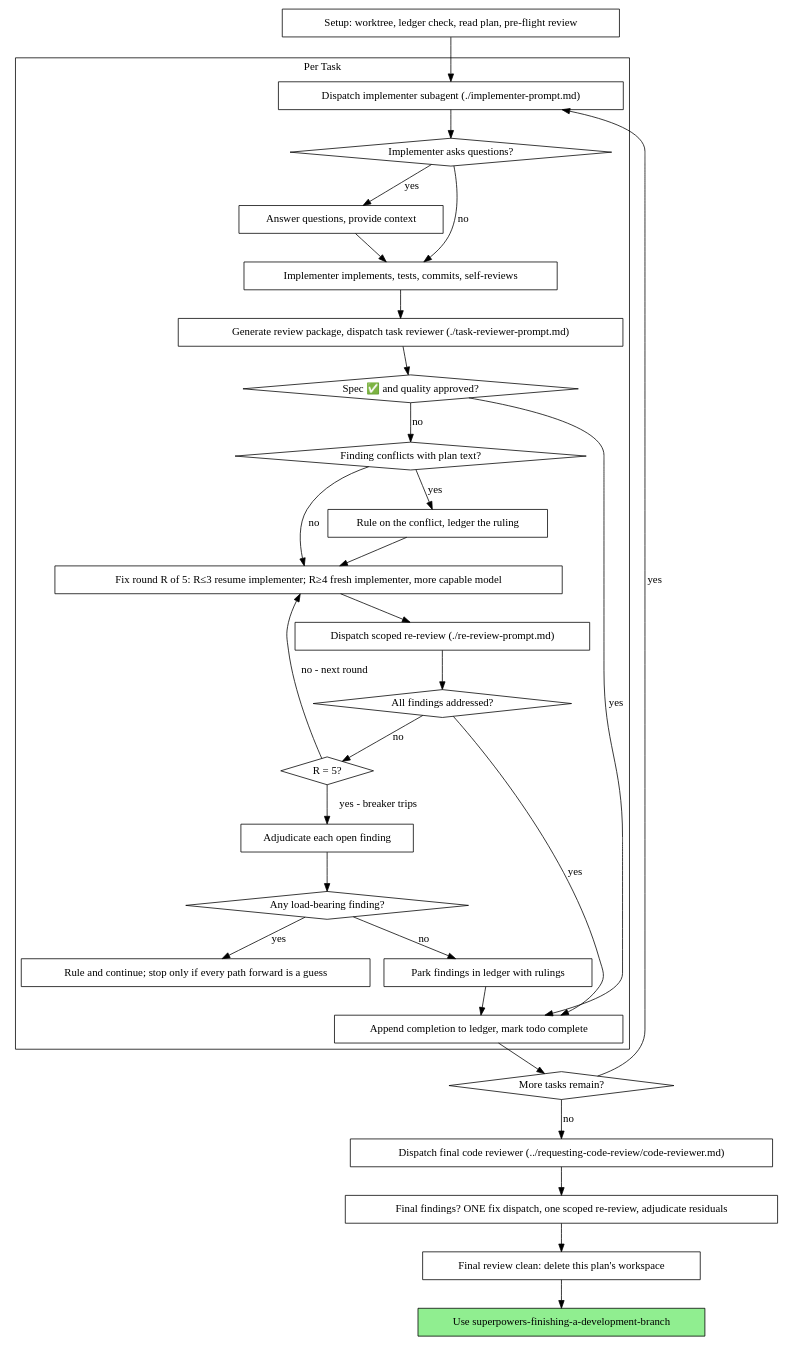
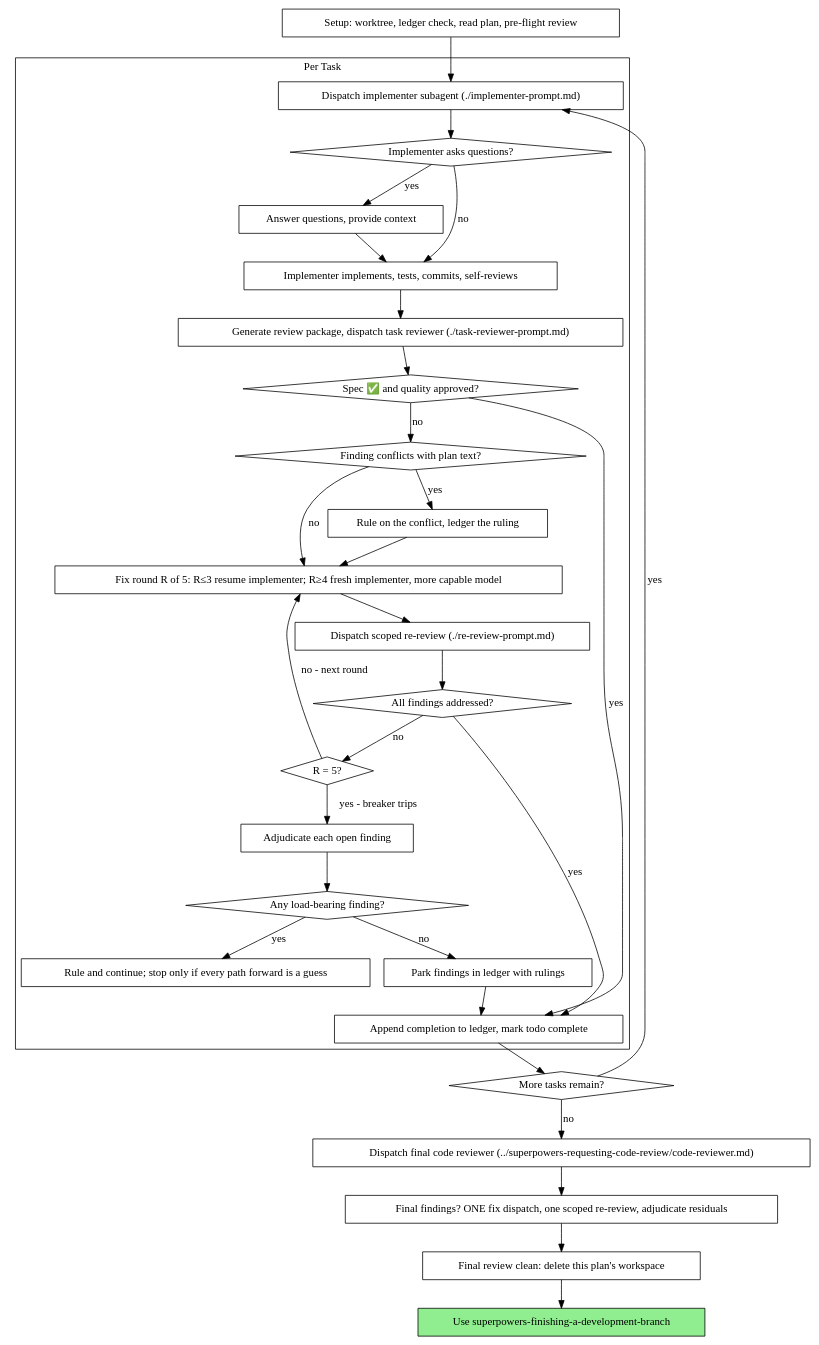
One commit to pagopa/cloud-strategy.github changed the second of 2 diagrams in .github/skills/superpowers-subagent-driven-development/SKILL.md. Above: the diagram before and after it, drawn with Graphviz. The commit also changed other lines of this file and 44 other files, not shown here.

````diff
--- a/.github/skills/superpowers-subagent-driven-development/SKILL.md
+++ b/.github/skills/superpowers-subagent-driven-development/SKILL.md
@@ -61,62 +61,62 @@
 ```dot
 digraph process {
     rankdir=TB;
 
     subgraph cluster_per_task {
         label="Per Task";
         "Dispatch implementer subagent (./implementer-prompt.md)" [shape=box];
         "Implementer asks questions?" [shape=diamond];
         "Answer questions, provide context" [shape=box];
         "Implementer implements, tests, commits, self-reviews" [shape=box];
         "Generate review package, dispatch task reviewer (./task-reviewer-prompt.md)" [shape=box];
         "Spec ✅ and quality approved?" [shape=diamond];
         "Finding conflicts with plan text?" [shape=diamond];
         "Rule on the conflict, ledger the ruling" [shape=box];
         "Fix round R of 5: R≤3 resume implementer; R≥4 fresh implementer, more capable model" [shape=box];
         "Dispatch scoped re-review (./re-review-prompt.md)" [shape=box];
         "All findings addressed?" [shape=diamond];
         "R = 5?" [shape=diamond];
         "Adjudicate each open finding" [shape=box];
         "Any load-bearing finding?" [shape=diamond];
         "Rule and continue; stop only if every path forward is a guess" [shape=box];
         "Park findings in ledger with rulings" [shape=box];
         "Append completion to ledger, mark todo complete" [shape=box];
     }
 
     "Setup: worktree, ledger check, read plan, pre-flight review" [shape=box];
     "More tasks remain?" [shape=diamond];
-    "Dispatch final code reviewer (../requesting-code-review/code-reviewer.md)" [shape=box];
+    "Dispatch final code reviewer (../superpowers-requesting-code-review/code-reviewer.md)" [shape=box];
     "Final findings? ONE fix dispatch, one scoped re-review, adjudicate residuals" [shape=box];
     "Final review clean: delete this plan's workspace" [shape=box];
     "Use superpowers-finishing-a-development-branch" [shape=box style=filled fillcolor=lightgreen];
 
     "Setup: worktree, ledger check, read plan, pre-flight review" -> "Dispatch implementer subagent (./implementer-prompt.md)";
     "Dispatch implementer subagent (./implementer-prompt.md)" -> "Implementer asks questions?";
     "Implementer asks questions?" -> "Answer questions, provide context" [label="yes"];
     "Answer questions, provide context" -> "Implementer implements, tests, commits, self-reviews";
     "Implementer asks questions?" -> "Implementer implements, tests, commits, self-reviews" [label="no"];
     "Implementer implements, tests, commits, self-reviews" -> "Generate review package, dispatch task reviewer (./task-reviewer-prompt.md)";
     "Generate review package, dispatch task reviewer (./task-reviewer-prompt.md)" -> "Spec ✅ and quality approved?";
     "Spec ✅ and quality approved?" -> "Append completion to ledger, mark todo complete" [label="yes"];
     "Spec ✅ and quality approved?" -> "Finding conflicts with plan text?" [label="no"];
     "Finding conflicts with plan text?" -> "Rule on the conflict, ledger the ruling" [label="yes"];
     "Rule on the conflict, ledger the ruling" -> "Fix round R of 5: R≤3 resume implementer; R≥4 fresh implementer, more capable model";
     "Finding conflicts with plan text?" -> "Fix round R of 5: R≤3 resume implementer; R≥4 fresh implementer, more capable model" [label="no"];
     "Fix round R of 5: R≤3 resume implementer; R≥4 fresh implementer, more capable model" -> "Dispatch scoped re-review (./re-review-prompt.md)";
     "Dispatch scoped re-review (./re-review-prompt.md)" -> "All findings addressed?";
     "All findings addressed?" -> "Append completion to ledger, mark todo complete" [label="yes"];
     "All findings addressed?" -> "R = 5?" [label="no"];
     "R = 5?" -> "Fix round R of 5: R≤3 resume implementer; R≥4 fresh implementer, more capable model" [label="no - next round"];
     "R = 5?" -> "Adjudicate each open finding" [label="yes - breaker trips"];
     "Adjudicate each open finding" -> "Any load-bearing finding?";
     "Any load-bearing finding?" -> "Rule and continue; stop only if every path forward is a guess" [label="yes"];
     "Any load-bearing finding?" -> "Park findings in ledger with rulings" [label="no"];
     "Park findings in ledger with rulings" -> "Append completion to ledger, mark todo complete";
     "Append completion to ledger, mark todo complete" -> "More tasks remain?";
     "More tasks remain?" -> "Dispatch implementer subagent (./implementer-prompt.md)" [label="yes"];
-    "More tasks remain?" -> "Dispatch final code reviewer (../requesting-code-review/code-reviewer.md)" [label="no"];
-    "Dispatch final code reviewer (../requesting-code-review/code-reviewer.md)" -> "Final findings? ONE fix dispatch, one scoped re-review, adjudicate residuals";
+    "More tasks remain?" -> "Dispatch final code reviewer (../superpowers-requesting-code-review/code-reviewer.md)" [label="no"];
+    "Dispatch final code reviewer (../superpowers-requesting-code-review/code-reviewer.md)" -> "Final findings? ONE fix dispatch, one scoped re-review, adjudicate residuals";
     "Final findings? ONE fix dispatch, one scoped re-review, adjudicate residuals" -> "Final review clean: delete this plan's workspace";
     "Final review clean: delete this plan's workspace" -> "Use superpowers-finishing-a-development-branch";
 }
 ```
````
